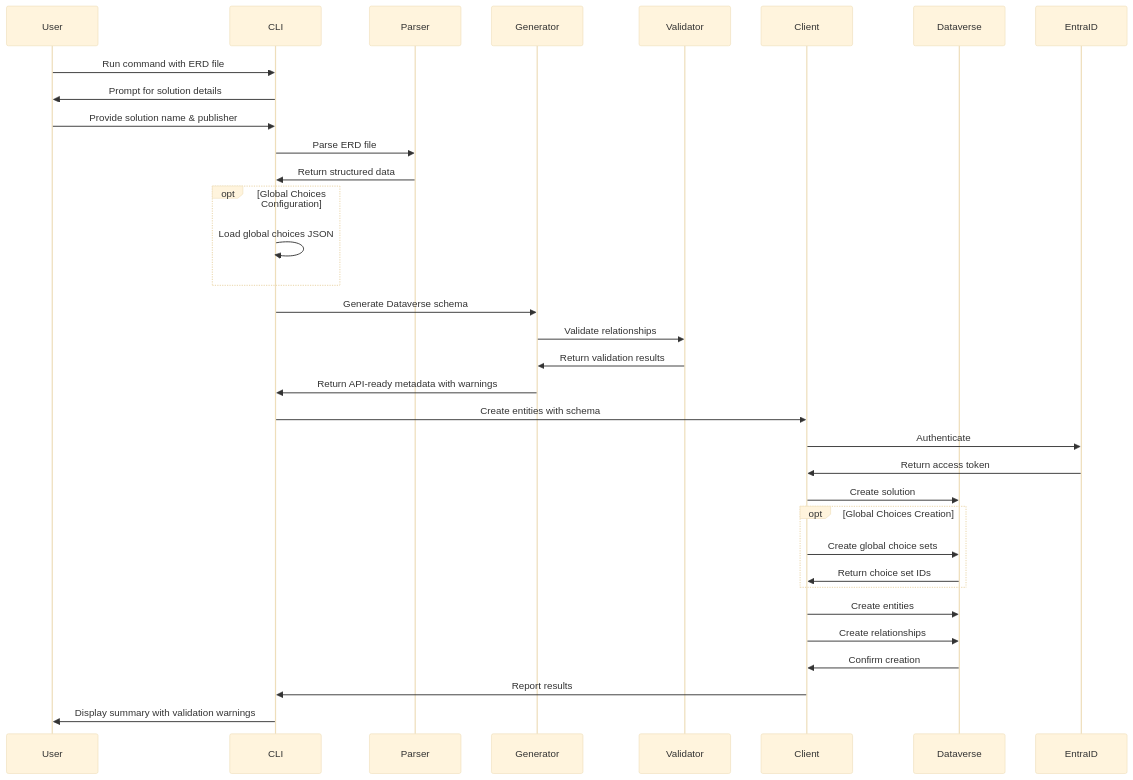
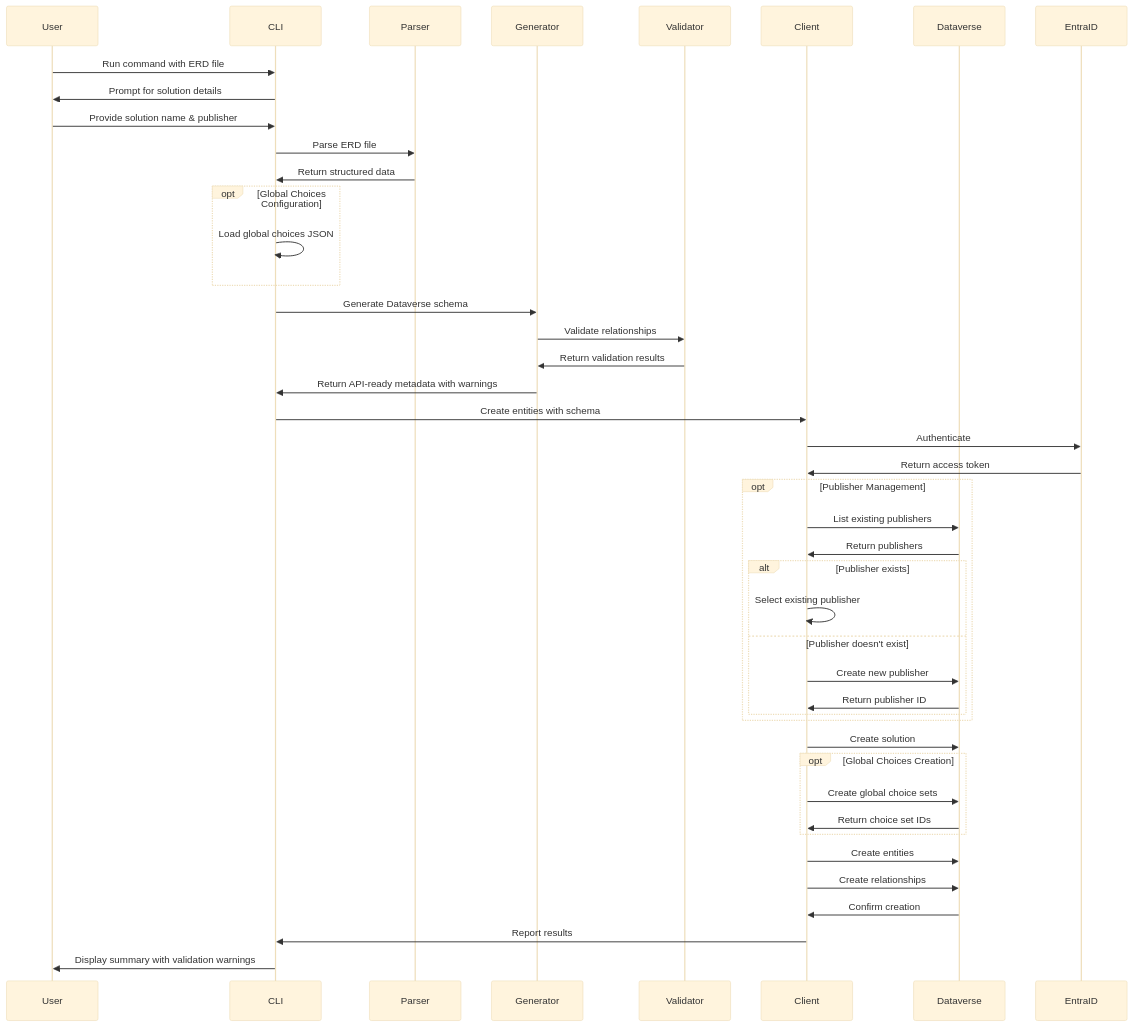
The second of 3 diagrams in docs/ARCHITECTURE.md (LuiseFreese/mermaid), drawn with Mermaid (base theme) before and after one commit. The commit also changed other lines of this file, not shown here.

Commit message:
:memo: adds docs for publisher management

````diff
--- a/docs/ARCHITECTURE.md
+++ b/docs/ARCHITECTURE.md
@@ -53,41 +59,53 @@
 ```mermaid
 sequenceDiagram
     participant User
     participant CLI
     participant Parser
     participant Generator
     participant Validator
     participant Client
     participant Dataverse
     participant EntraID
 
     User->>CLI: Run command with ERD file
     CLI->>User: Prompt for solution details
     User->>CLI: Provide solution name & publisher
     CLI->>Parser: Parse ERD file
     Parser->>CLI: Return structured data
     
     opt Global Choices Configuration
         CLI->>CLI: Load global choices JSON
     end
     
     CLI->>Generator: Generate Dataverse schema
     Generator->>Validator: Validate relationships
     Validator->>Generator: Return validation results
     Generator->>CLI: Return API-ready metadata with warnings
     CLI->>Client: Create entities with schema
     Client->>EntraID: Authenticate
     EntraID->>Client: Return access token
+    
+    opt Publisher Management
+        Client->>Dataverse: List existing publishers
+        Dataverse->>Client: Return publishers
+        alt Publisher exists
+            Client->>Client: Select existing publisher
+        else Publisher doesn't exist
+            Client->>Dataverse: Create new publisher
+            Dataverse->>Client: Return publisher ID
+        end
+    end
+    
     Client->>Dataverse: Create solution
     
     opt Global Choices Creation
         Client->>Dataverse: Create global choice sets
         Dataverse->>Client: Return choice set IDs
     end
     
     Client->>Dataverse: Create entities
     Client->>Dataverse: Create relationships
     Dataverse->>Client: Confirm creation
     Client->>CLI: Report results
     CLI->>User: Display summary with validation warnings
 ```
````
